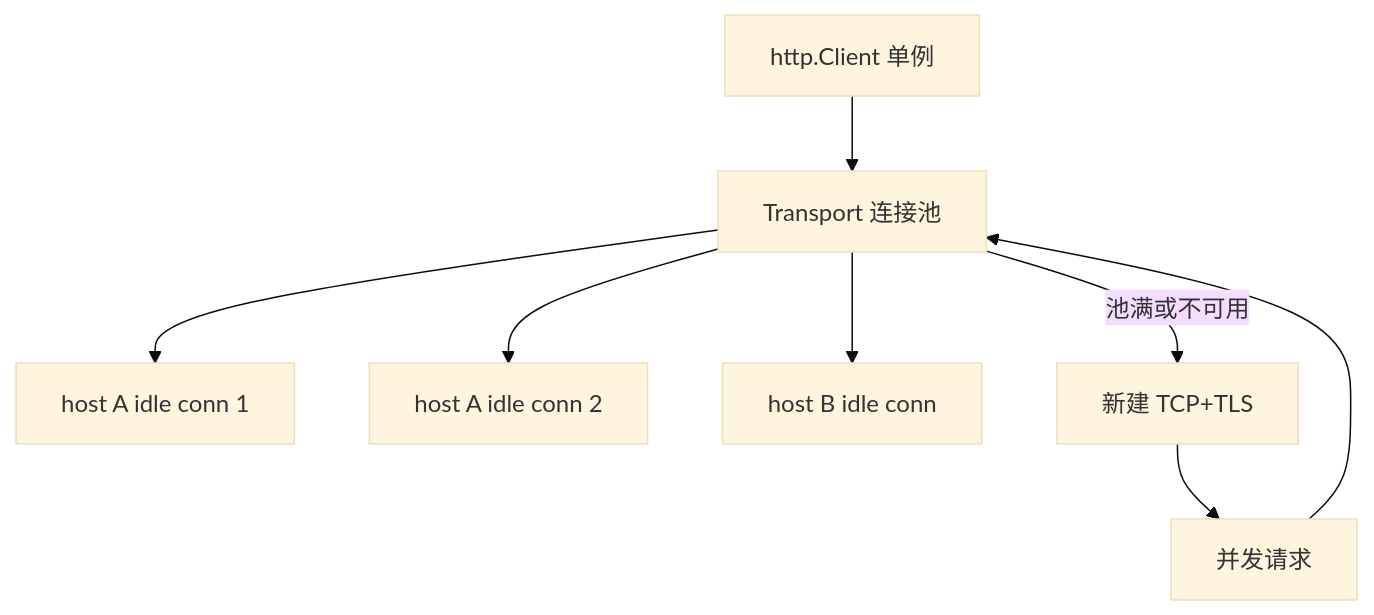
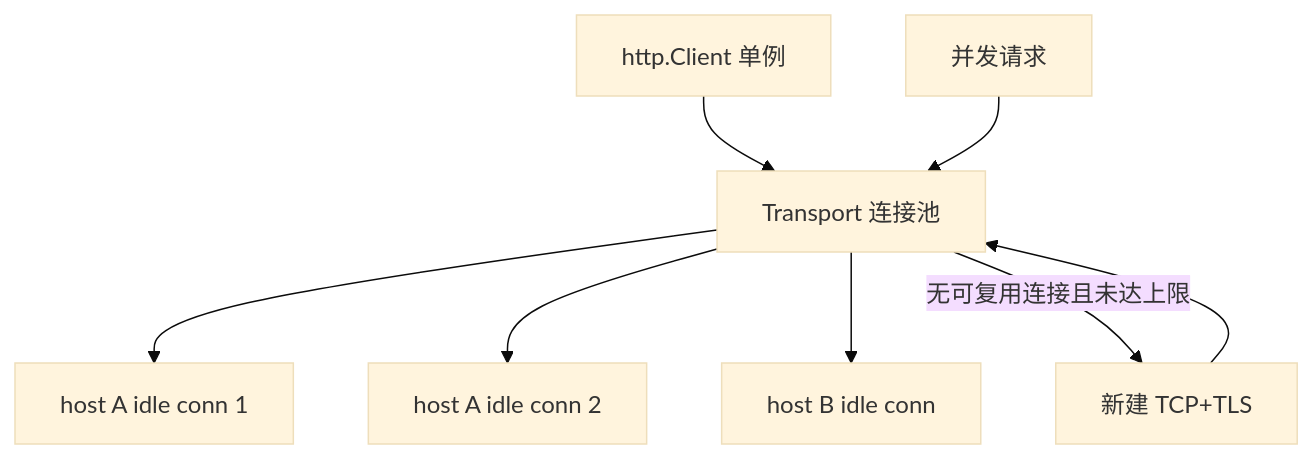
One commit to twodog-tt/Golang-development-manual changed the diagram in docs/interview/06-network-governance/S-NET-02-http-connection-pool.md. Above: the diagram before and after it, drawn with Mermaid (base theme). The commit also changed other lines of this file and 438 other files, not shown here.

````diff
--- a/docs/interview/06-network-governance/S-NET-02-http-connection-pool.md
+++ b/docs/interview/06-network-governance/S-NET-02-http-connection-pool.md
@@ -40,10 +41,10 @@
 ```mermaid
 flowchart TB
   Client[http.Client 单例] --> T[Transport 连接池]
   T --> H1[host A idle conn 1]
   T --> H2[host A idle conn 2]
   T --> H3[host B idle conn]
   Req[并发请求] --> T
-  T -->|池满或不可用| New[新建 TCP+TLS]
-  New --> Req
+  T -->|无可复用连接且未达上限| New[新建 TCP+TLS]
+  New --> T
 ```
````
